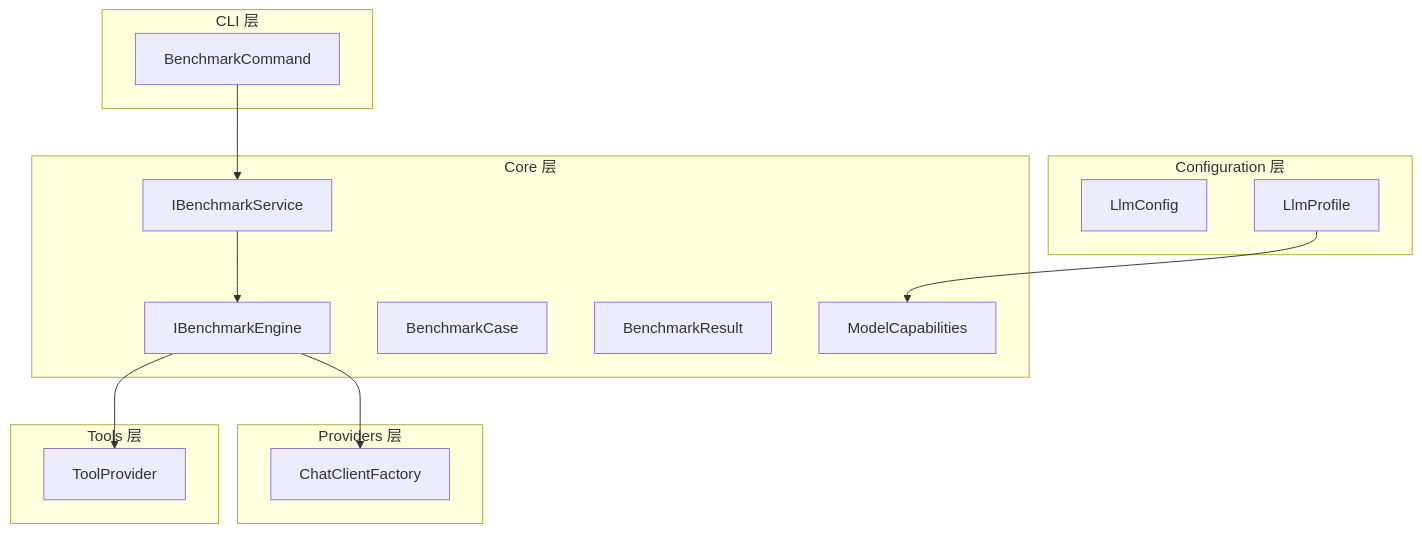
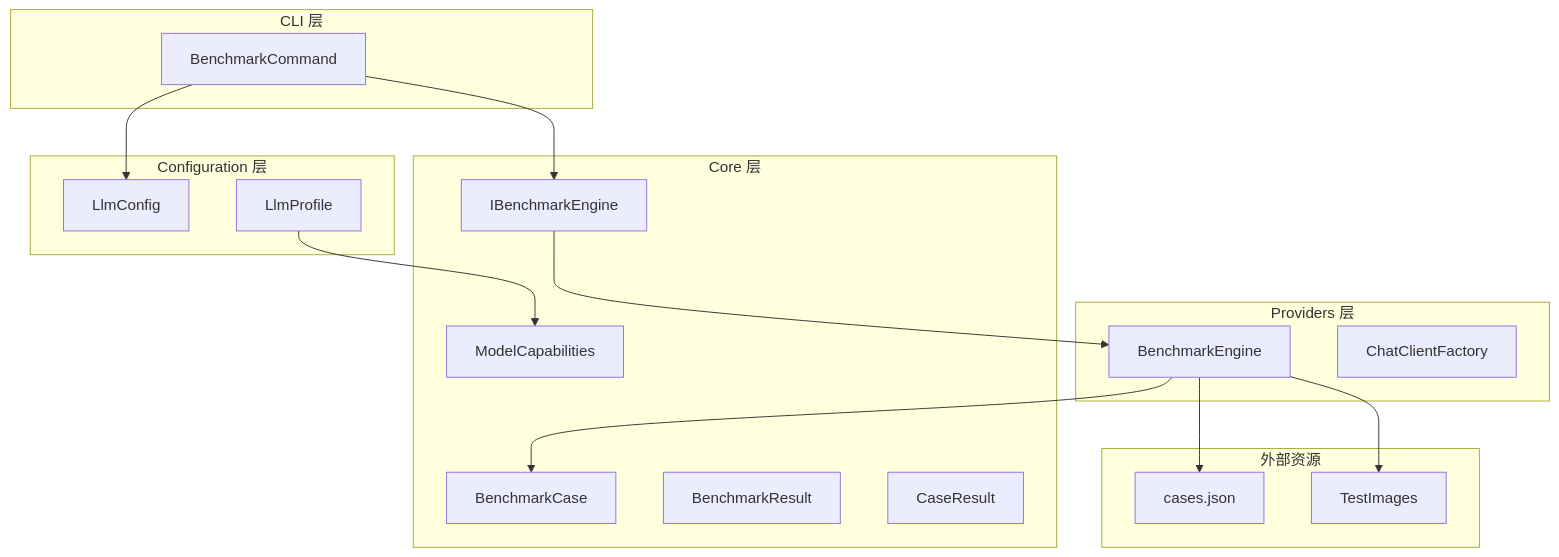
Before and after one commit to mbzcnet/NanoBot.Net: the second of 2 diagrams in doc.ai/solutions/design/Model-Benchmark.md, drawn with Mermaid. The commit also changed other lines of this file and 10 other files, not shown here.

````diff
--- a/doc.ai/solutions/design/Model-Benchmark.md
+++ b/doc.ai/solutions/design/Model-Benchmark.md
@@ -400,33 +492,37 @@
 ```mermaid
 graph TB
     subgraph "CLI 层"
         BenchmarkCommand
     end
 
     subgraph "Core 层"
         IBenchmarkEngine
-        IBenchmarkService
         BenchmarkCase
         BenchmarkResult
+        CaseResult
         ModelCapabilities
     end
 
     subgraph "Providers 层"
+        BenchmarkEngine
         ChatClientFactory
-    end
-
-    subgraph "Tools 层"
-        ToolProvider
     end
 
     subgraph "Configuration 层"
         LlmConfig
         LlmProfile
     end
 
-    BenchmarkCommand --> IBenchmarkService
-    IBenchmarkService --> IBenchmarkEngine
-    IBenchmarkEngine --> ChatClientFactory
-    IBenchmarkEngine --> ToolProvider
+    subgraph "外部资源"
+        cases.json
+        TestImages
+    end
+
+    BenchmarkCommand --> IBenchmarkEngine
+    IBenchmarkEngine --> BenchmarkEngine
+    BenchmarkEngine --> BenchmarkCase
+    BenchmarkEngine --> cases.json
+    BenchmarkEngine --> TestImages
+    BenchmarkCommand --> LlmConfig
     LlmProfile --> ModelCapabilities
 ```
````
